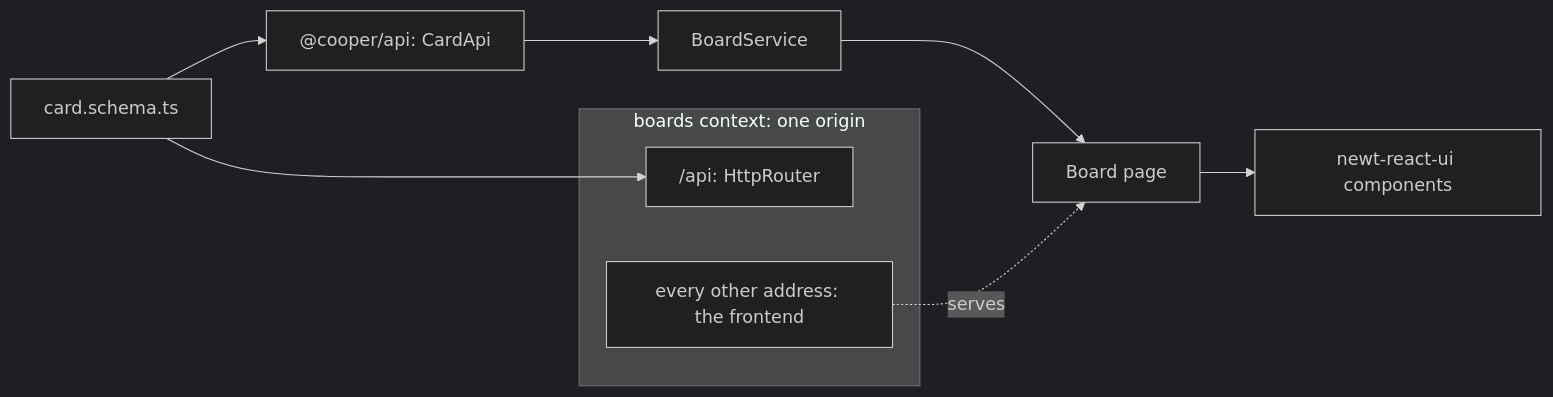
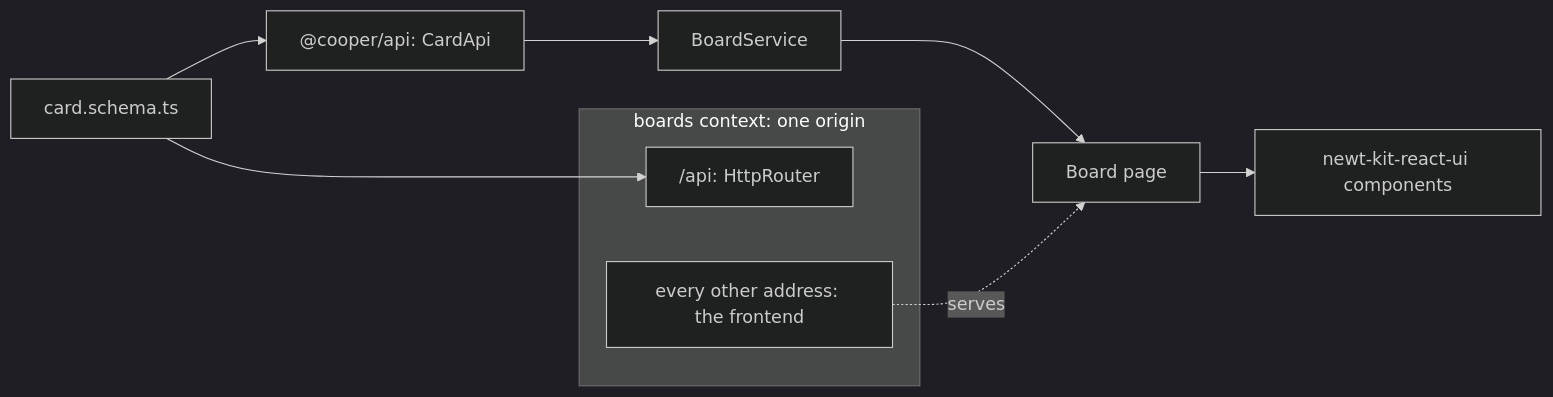
The first of 2 diagrams in web/manual/30-frontends.md (aromero86/newt), drawn with Mermaid (dark theme) before and after one commit. The commit also changed other lines of this file and 641 other files, not shown here.

````diff
--- a/web/manual/30-frontends.md
+++ b/web/manual/30-frontends.md
@@ -25,13 +25,13 @@
 ```mermaid
 flowchart LR
   subgraph boards["boards context: one origin"]
     API["/api: HttpRouter"]
     FE["every other address: the frontend"]
   end
   S["card.schema.ts"] --> API
   S --> C["@cooper/api: CardApi"]
   C --> SV["BoardService"]
   SV --> P["Board page"]
-  P --> UI["newt-react-ui components"]
+  P --> UI["newt-kit-react-ui components"]
   FE -. "serves" .-> P
 ```
````
